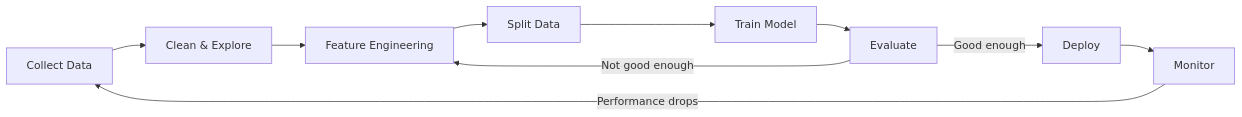
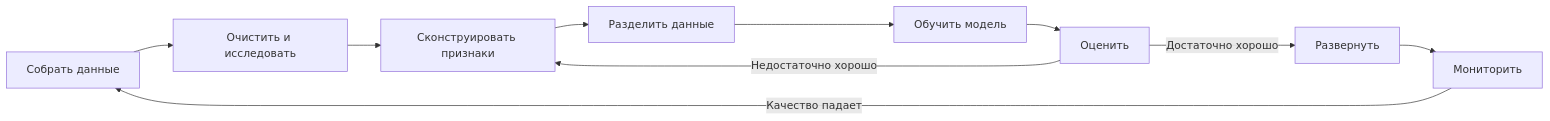
Before and after one commit to stabuev/ai-engineering-from-scratch: the third of 6 diagrams in phases/02-ml-fundamentals/01-what-is-machine-learning/docs/ru.md, drawn with Mermaid. The commit also changed other lines of this file and 22 other files, not shown here.

````diff
--- a/phases/02-ml-fundamentals/01-what-is-machine-learning/docs/ru.md
+++ b/phases/02-ml-fundamentals/01-what-is-machine-learning/docs/ru.md
@@ -124,12 +124,12 @@
 ```mermaid
 flowchart LR
-    A[Collect Data] --> B[Clean & Explore]
-    B --> C[Feature Engineering]
-    C --> D[Split Data]
-    D --> E[Train Model]
-    E --> F[Evaluate]
-    F -->|Not good enough| C
-    F -->|Good enough| G[Deploy]
-    G --> H[Monitor]
-    H -->|Performance drops| A
+    A[Собрать данные] --> B[Очистить и исследовать]
+    B --> C[Сконструировать признаки]
+    C --> D[Разделить данные]
+    D --> E[Обучить модель]
+    E --> F[Оценить]
+    F -->|Недостаточно хорошо| C
+    F -->|Достаточно хорошо| G[Развернуть]
+    G --> H[Мониторить]
+    H -->|Качество падает| A
 ```
````
